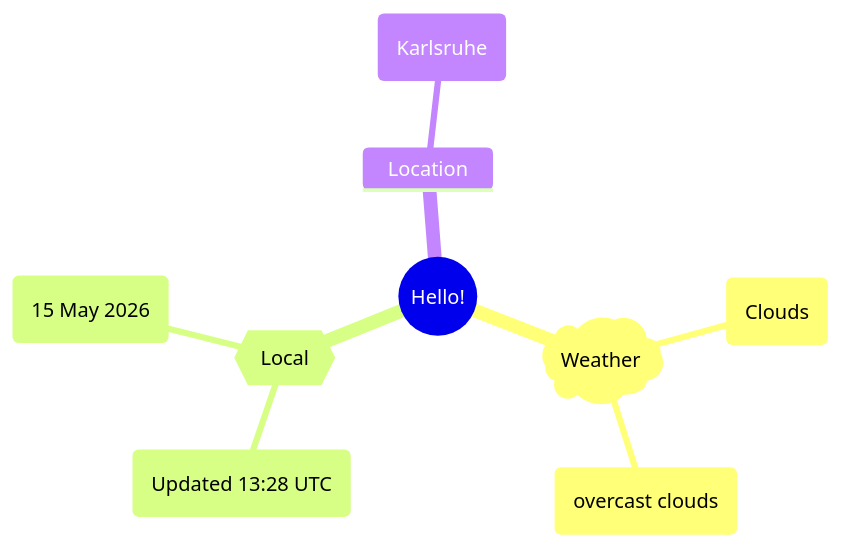
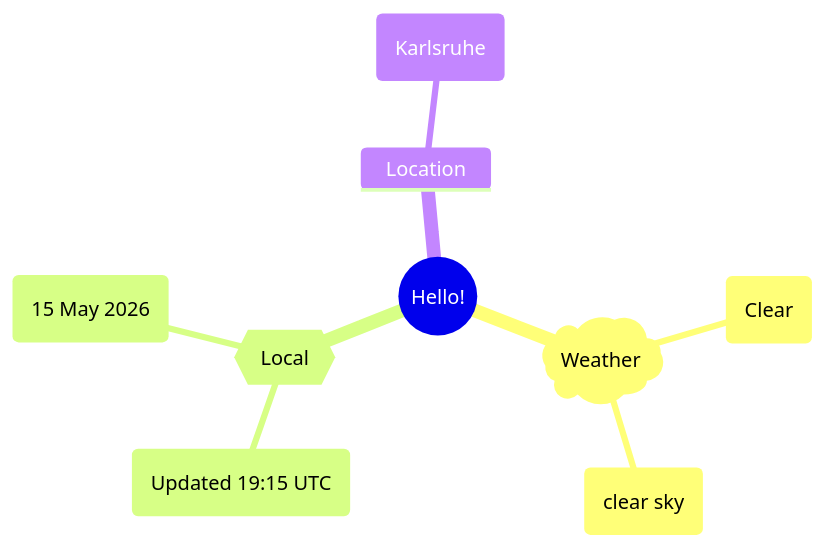
One commit to Xosrov/Xosrov changed the first of 2 diagrams in README.md. Above: the diagram before and after it, drawn with Mermaid.

Commit message:
[bot] updated images

````diff
--- a/README.md
+++ b/README.md
@@ -3,12 +3,12 @@
 ```mermaid
 mindmap
   root((Hello!))
     )Weather(
-        (Clouds)
-        (overcast clouds)
+        (Clear)
+        (clear sky)
     {{Local}}
-        (Updated 13:28 UTC)
+        (Updated 19:15 UTC)
         (15 May 2026)
     Location
         (Karlsruhe)
 ```
````
